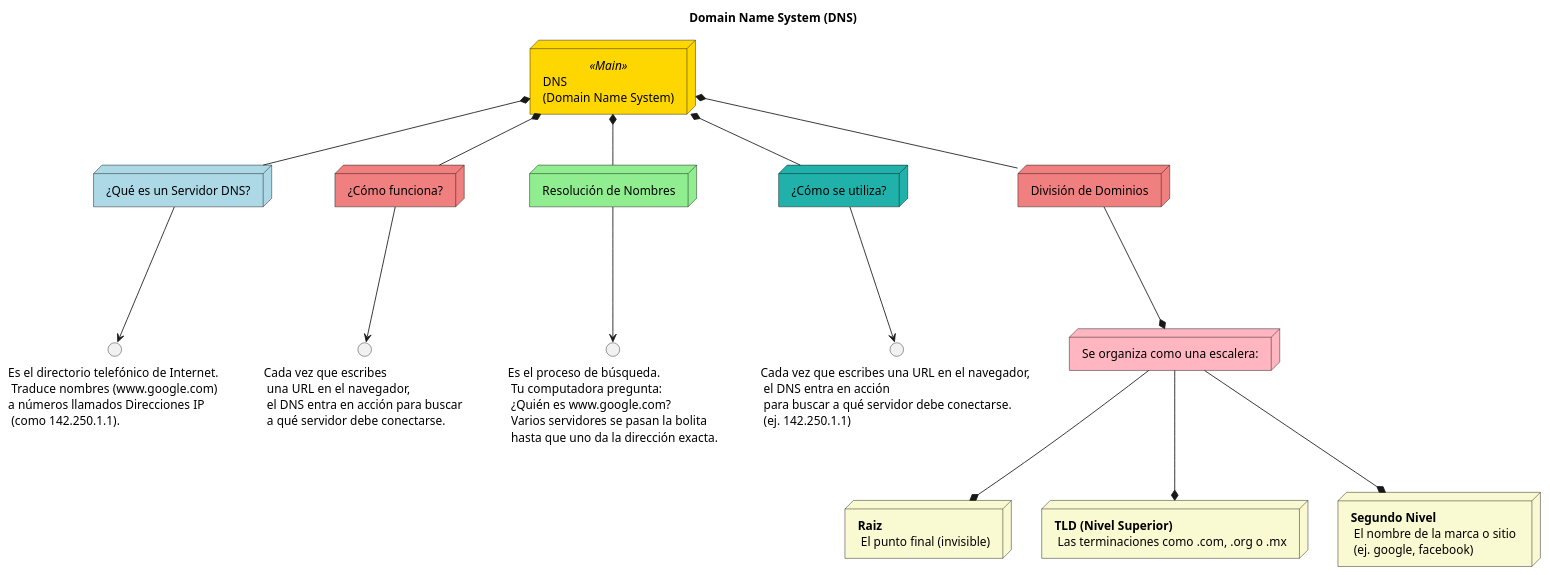
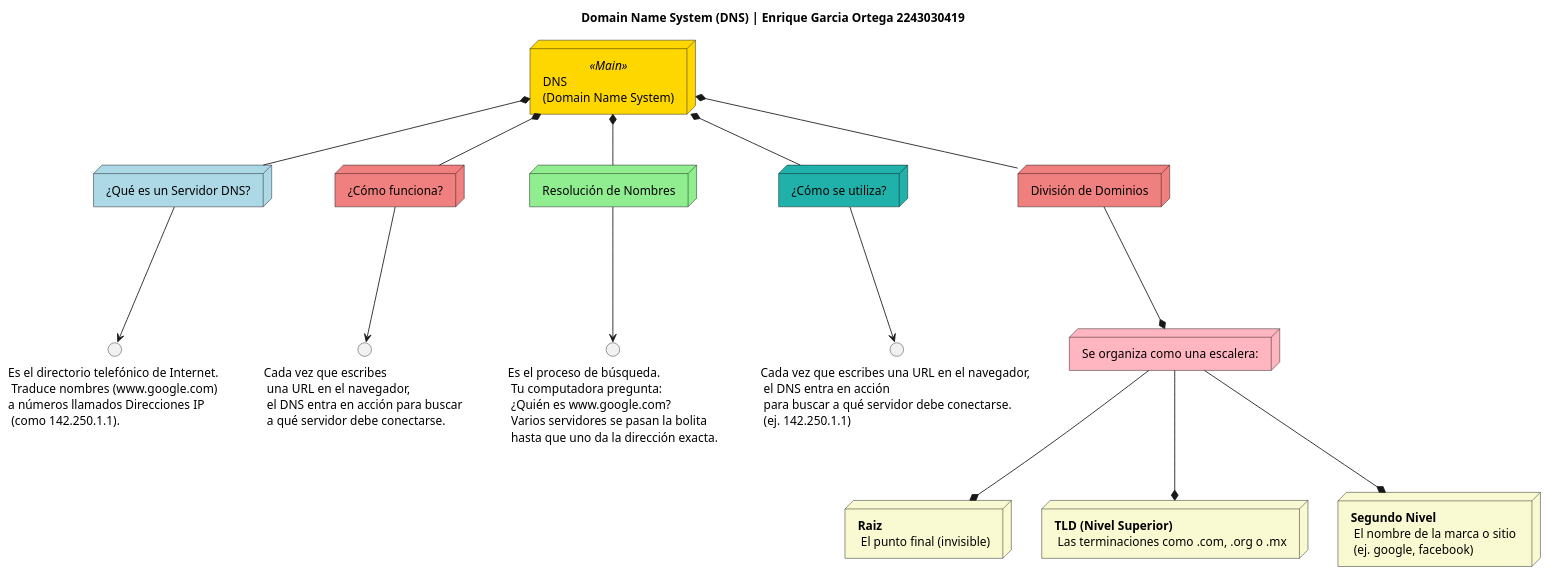
The diagram in DNS.puml (Kigo524/mapas-conceptuales-Arquitectura-de-redes), drawn with PlantUML before and after one commit. The commit also changed 3 other files, not shown here.

```diff
--- a/DNS.puml
+++ b/DNS.puml
@@ -1,41 +1,41 @@
 @startuml DNS
 skinparam backgroundColor white
 skinparam node {
     BackgroundColor<<Main>> Gold
     BorderColor black
 }
 
-title Domain Name System (DNS)
+title Domain Name System (DNS) | Enrique Garcia Ortega 2243030419
 
 node "DNS\n(Domain Name System)" <<Main>> as DNS
 
 node "¿Qué es un Servidor DNS?" as def #LightBlue
 node "¿Cómo funciona?" as func #LightCoral
 node "Resolución de Nombres" as resolucion #LightGreen
 node "¿Cómo se utiliza?" as uso #LightSeaGreen
 node "División de Dominios" as division #LightCoral
 node "Se organiza como una escalera:" as organizacion #LightPink
 node "**Raiz** \n El punto final (invisible)" as raiz #LightGoldenRodYellow
 node "**TLD (Nivel Superior)** \n Las terminaciones como .com, .org o .mx" as tld #LightGoldenRodYellow
 node "**Segundo Nivel** \n El nombre de la marca o sitio \n (ej. google, facebook)" as segundo #LightGoldenRodYellow
 
 DNS *-- def
 def --> "Es el directorio telefónico de Internet. \n Traduce nombres (www.google.com)\na números llamados Direcciones IP \n (como 142.250.1.1)."
 
 DNS *-- func
 func --> "Cada vez que escribes \n una URL en el navegador,\n el DNS entra en acción para buscar \n a qué servidor debe conectarse."
 
 DNS *-- resolucion
 resolucion --> "Es el proceso de búsqueda. \n Tu computadora pregunta: \n ¿Quién es www.google.com? \n Varios servidores se pasan la bolita \n hasta que uno da la dirección exacta."
 
 DNS *-- uso
 uso --> "Cada vez que escribes una URL en el navegador, \n el DNS entra en acción \n para buscar a qué servidor debe conectarse. \n (ej. 142.250.1.1)"
 
 DNS *-- division
 division --* organizacion
 
 organizacion --* raiz
 organizacion --* tld
 organizacion --* segundo
 
 @enduml
```
